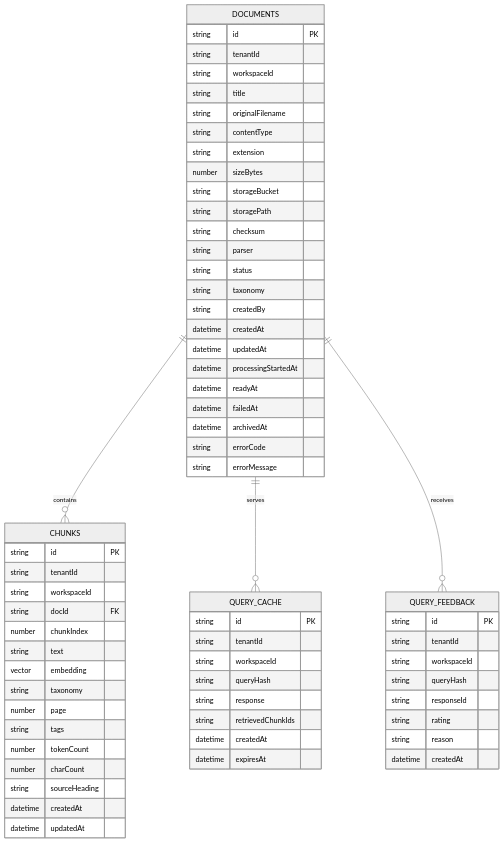
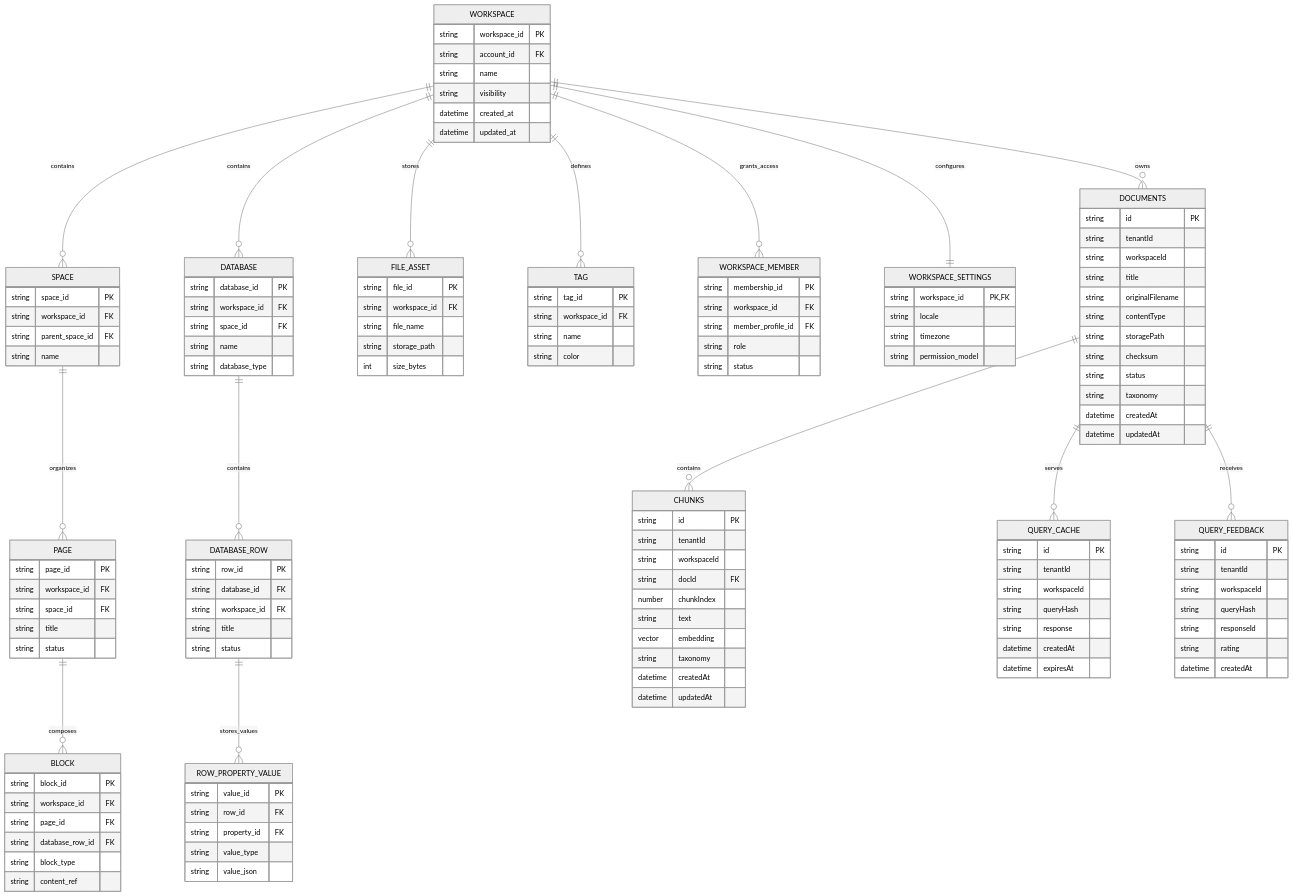
One commit to 122sp7/xuanwu-app changed the diagram in docs/diagrams/erd-model.mermaid. Above: the diagram before and after it, drawn with Mermaid (neutral theme). The commit also changed 15 other files, not shown here.

```diff
--- a/docs/diagrams/erd-model.mermaid
+++ b/docs/diagrams/erd-model.mermaid
@@ -1,70 +1,155 @@
 erDiagram
+  %% Consolidated ERD
+  %% Merged sources: erd-model + workspace-internal-data-model
+
+  WORKSPACE ||--o{ SPACE : contains
+  WORKSPACE ||--o{ DATABASE : contains
+  WORKSPACE ||--o{ FILE_ASSET : stores
+  WORKSPACE ||--o{ TAG : defines
+  WORKSPACE ||--o{ WORKSPACE_MEMBER : grants_access
+  WORKSPACE ||--|| WORKSPACE_SETTINGS : configures
+
+  SPACE ||--o{ PAGE : organizes
+  PAGE ||--o{ BLOCK : composes
+  DATABASE ||--o{ DATABASE_ROW : contains
+  DATABASE_ROW ||--o{ ROW_PROPERTY_VALUE : stores_values
+
+  WORKSPACE ||--o{ DOCUMENTS : owns
   DOCUMENTS ||--o{ CHUNKS : contains
   DOCUMENTS ||--o{ QUERY_CACHE : serves
   DOCUMENTS ||--o{ QUERY_FEEDBACK : receives
+
+  WORKSPACE {
+    string workspace_id PK
+    string account_id FK
+    string name
+    string visibility
+    datetime created_at
+    datetime updated_at
+  }
+
+  SPACE {
+    string space_id PK
+    string workspace_id FK
+    string parent_space_id FK
+    string name
+  }
+
+  PAGE {
+    string page_id PK
+    string workspace_id FK
+    string space_id FK
+    string title
+    string status
+  }
+
+  BLOCK {
+    string block_id PK
+    string workspace_id FK
+    string page_id FK
+    string database_row_id FK
+    string block_type
+    string content_ref
+  }
+
+  DATABASE {
+    string database_id PK
+    string workspace_id FK
+    string space_id FK
+    string name
+    string database_type
+  }
+
+  DATABASE_ROW {
+    string row_id PK
+    string database_id FK
+    string workspace_id FK
+    string title
+    string status
+  }
+
+  ROW_PROPERTY_VALUE {
+    string value_id PK
+    string row_id FK
+    string property_id FK
+    string value_type
+    string value_json
+  }
+
+  FILE_ASSET {
+    string file_id PK
+    string workspace_id FK
+    string file_name
+    string storage_path
+    int size_bytes
+  }
+
+  TAG {
+    string tag_id PK
+    string workspace_id FK
+    string name
+    string color
+  }
+
+  WORKSPACE_MEMBER {
+    string membership_id PK
+    string workspace_id FK
+    string member_profile_id FK
+    string role
+    string status
+  }
+
+  WORKSPACE_SETTINGS {
+    string workspace_id PK, FK
+    string locale
+    string timezone
+    string permission_model
+  }
 
   DOCUMENTS {
     string id PK
     string tenantId
     string workspaceId
     string title
     string originalFilename
     string contentType
-    string extension
-    number sizeBytes
-    string storageBucket
     string storagePath
     string checksum
-    string parser
     string status
     string taxonomy
-    string createdBy
     datetime createdAt
     datetime updatedAt
-    datetime processingStartedAt
-    datetime readyAt
-    datetime failedAt
-    datetime archivedAt
-    string errorCode
-    string errorMessage
   }
 
   CHUNKS {
     string id PK
     string tenantId
     string workspaceId
     string docId FK
     number chunkIndex
     string text
     vector embedding
     string taxonomy
-    number page
-    string tags
-    number tokenCount
-    number charCount
-    string sourceHeading
     datetime createdAt
     datetime updatedAt
   }
 
   QUERY_CACHE {
     string id PK
     string tenantId
     string workspaceId
     string queryHash
     string response
-    string retrievedChunkIds
     datetime createdAt
     datetime expiresAt
   }
 
   QUERY_FEEDBACK {
     string id PK
     string tenantId
     string workspaceId
     string queryHash
     string responseId
     string rating
-    string reason
     datetime createdAt
   }
```
